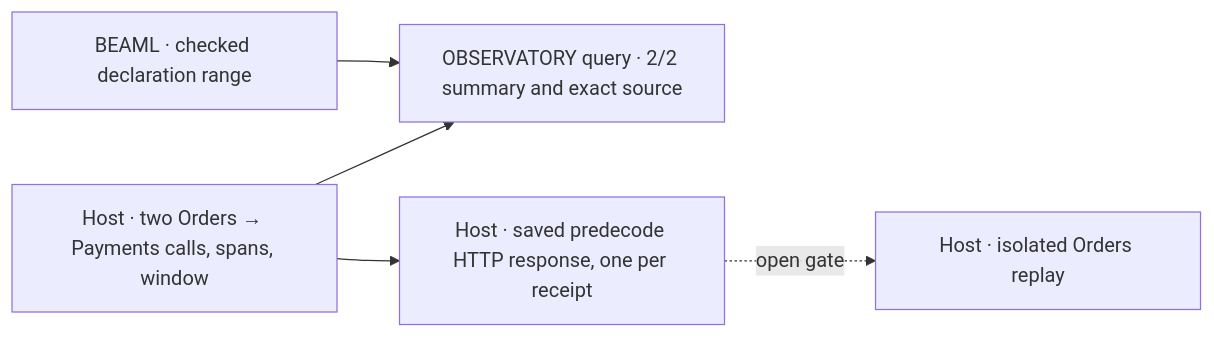
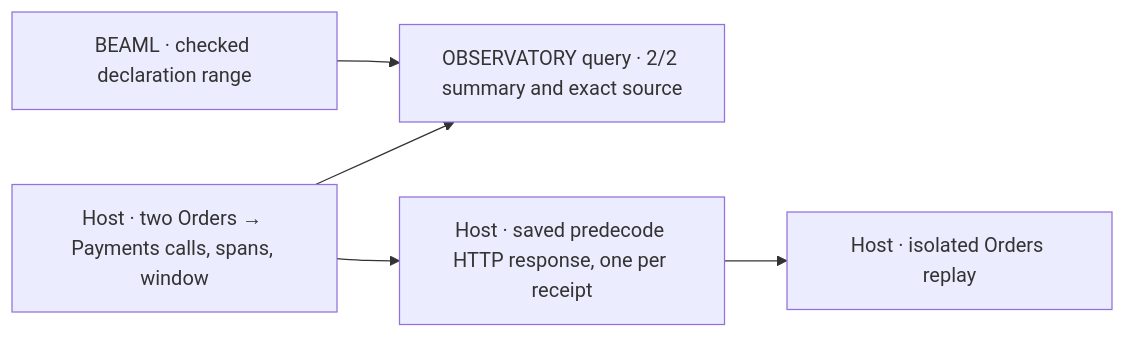
The second of 2 diagrams in experiments/0003-source-linked-replay/README.md (13ue/beaml), drawn with Mermaid before and after one commit. The commit also changed other lines of this file and 4 other files, not shown here.

First line of the commit message:
Update the docs for the verified REPLAY RUN gate (EXPERIMENT 0003)

````diff
--- a/experiments/0003-source-linked-replay/README.md
+++ b/experiments/0003-source-linked-replay/README.md
@@ -61,7 +61,7 @@
 ```mermaid
 flowchart LR
   B["BEAML · checked declaration range"] --> Q["OBSERVATORY query · 2/2 summary and exact source"]
   H["Host · two Orders → Payments calls, spans, window"] --> Q
   H --> C["Host · saved predecode HTTP response, one per receipt"]
-  C -. "open gate" .-> R["Host · isolated Orders replay"]
+  C --> R["Host · isolated Orders replay"]
 ```
````
